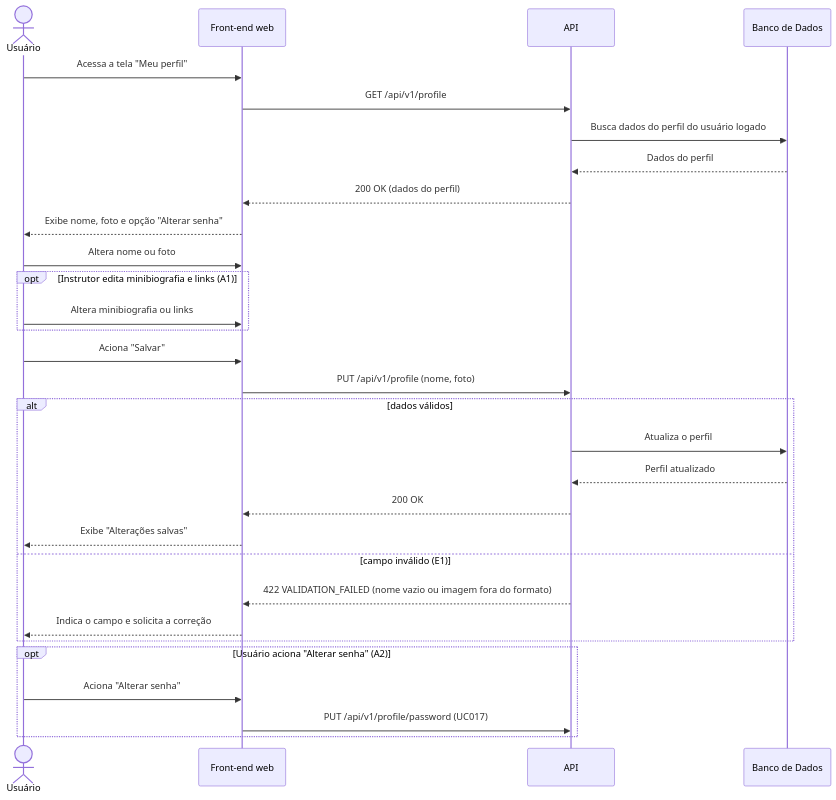
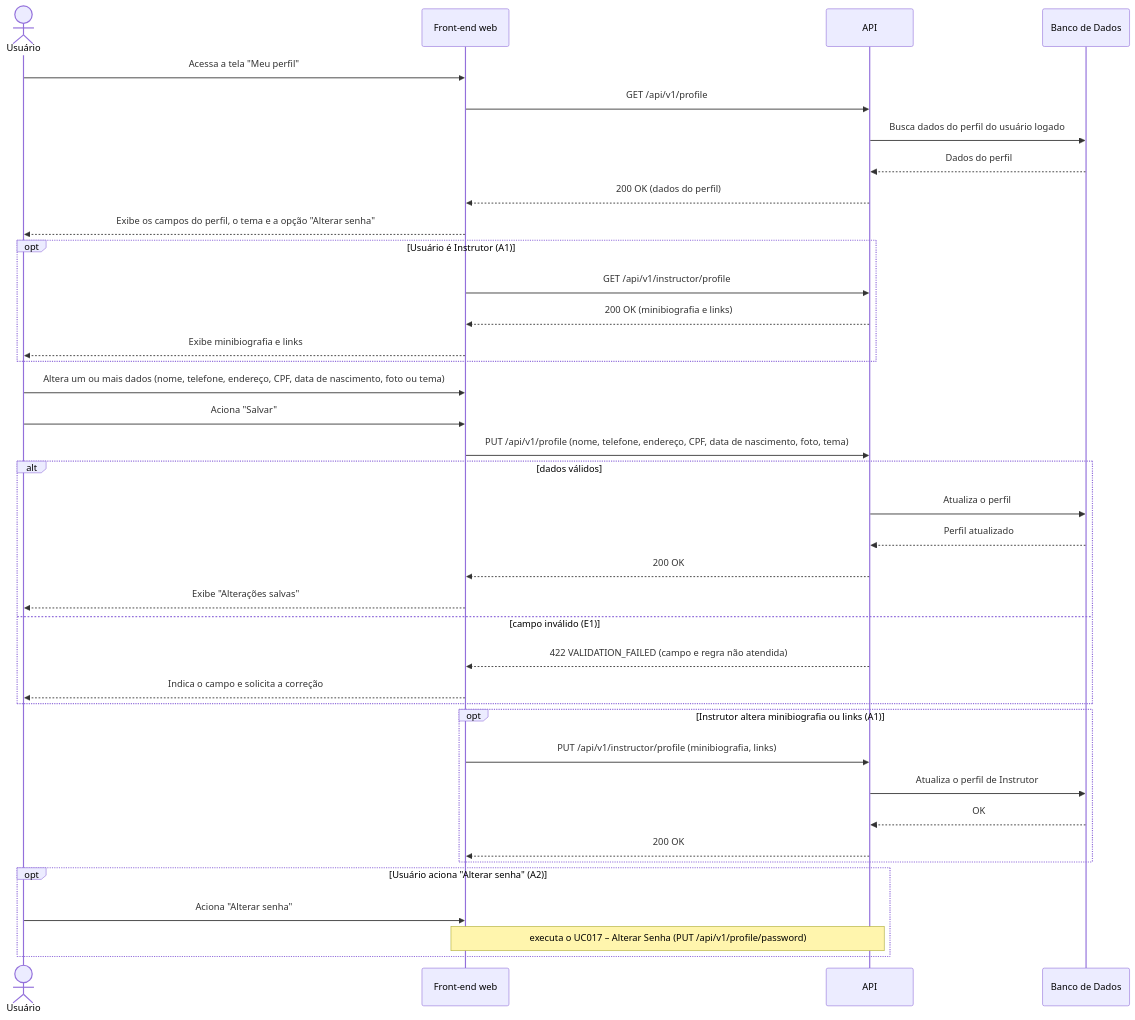
Before and after one commit to Plataforma-de-Cursos-TCC/plataforma-cursos-docs: the diagram in docs/ssd/UC013-editar-dados-do-perfil.md, drawn with Mermaid. The commit also changed other lines of this file and 17 other files, not shown here.

````diff
--- a/docs/ssd/UC013-editar-dados-do-perfil.md
+++ b/docs/ssd/UC013-editar-dados-do-perfil.md
@@ -5,33 +5,41 @@
 ```mermaid
 sequenceDiagram
     actor Usuário
     participant FE as Front-end web
     participant API
     participant DB as Banco de Dados
 
     Usuário->>FE: Acessa a tela "Meu perfil"
     FE->>API: GET /api/v1/profile
     API->>DB: Busca dados do perfil do usuário logado
     DB-->>API: Dados do perfil
     API-->>FE: 200 OK (dados do perfil)
-    FE-->>Usuário: Exibe nome, foto e opção "Alterar senha"
-    Usuário->>FE: Altera nome ou foto
-    opt Instrutor edita minibiografia e links (A1)
-        Usuário->>FE: Altera minibiografia ou links
+    FE-->>Usuário: Exibe os campos do perfil, o tema e a opção "Alterar senha"
+    opt Usuário é Instrutor (A1)
+        FE->>API: GET /api/v1/instructor/profile
+        API-->>FE: 200 OK (minibiografia e links)
+        FE-->>Usuário: Exibe minibiografia e links
     end
+    Usuário->>FE: Altera um ou mais dados (nome, telefone, endereço, CPF, data de nascimento, foto ou tema)
     Usuário->>FE: Aciona "Salvar"
-    FE->>API: PUT /api/v1/profile (nome, foto)
+    FE->>API: PUT /api/v1/profile (nome, telefone, endereço, CPF, data de nascimento, foto, tema)
     alt dados válidos
         API->>DB: Atualiza o perfil
         DB-->>API: Perfil atualizado
         API-->>FE: 200 OK
         FE-->>Usuário: Exibe "Alterações salvas"
     else campo inválido (E1)
-        API-->>FE: 422 VALIDATION_FAILED (nome vazio ou imagem fora do formato)
+        API-->>FE: 422 VALIDATION_FAILED (campo e regra não atendida)
         FE-->>Usuário: Indica o campo e solicita a correção
+    end
+    opt Instrutor altera minibiografia ou links (A1)
+        FE->>API: PUT /api/v1/instructor/profile (minibiografia, links)
+        API->>DB: Atualiza o perfil de Instrutor
+        DB-->>API: OK
+        API-->>FE: 200 OK
     end
     opt Usuário aciona "Alterar senha" (A2)
         Usuário->>FE: Aciona "Alterar senha"
-        FE->>API: PUT /api/v1/profile/password (UC017)
+        Note over FE,API: executa o UC017 – Alterar Senha (PUT /api/v1/profile/password)
     end
 ```
````
